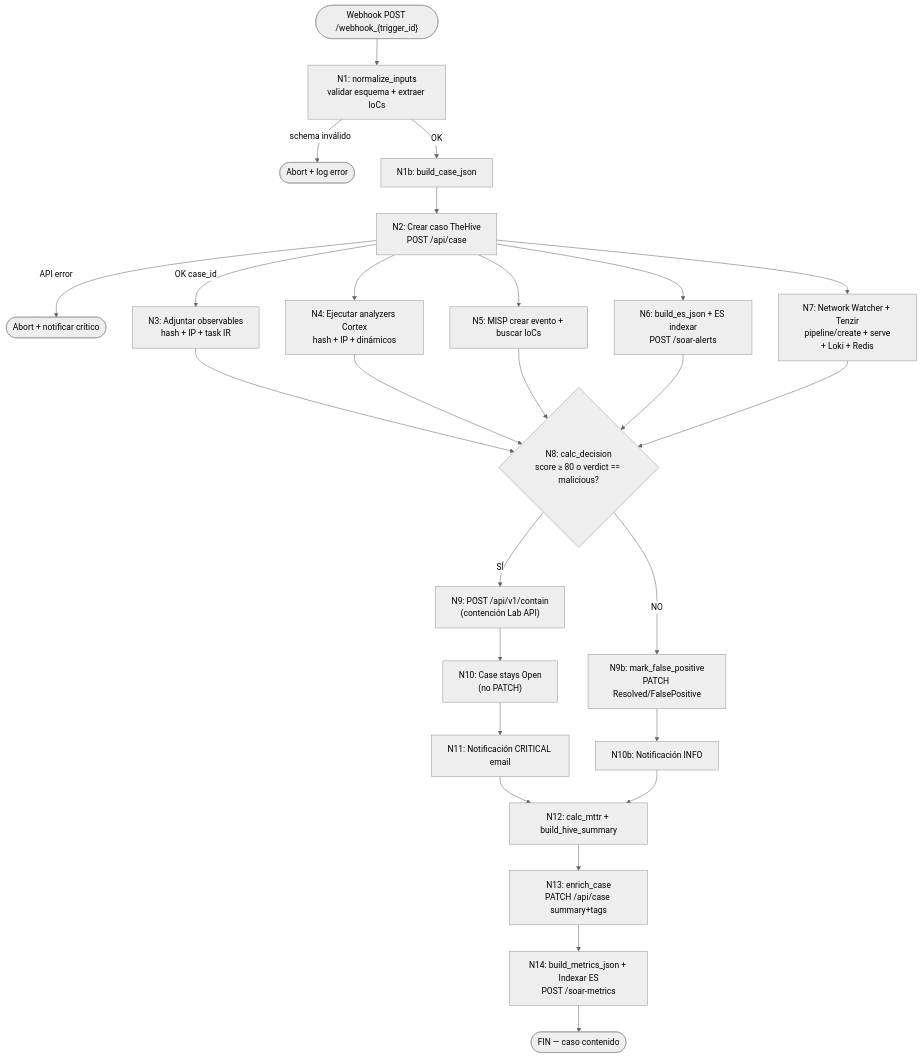
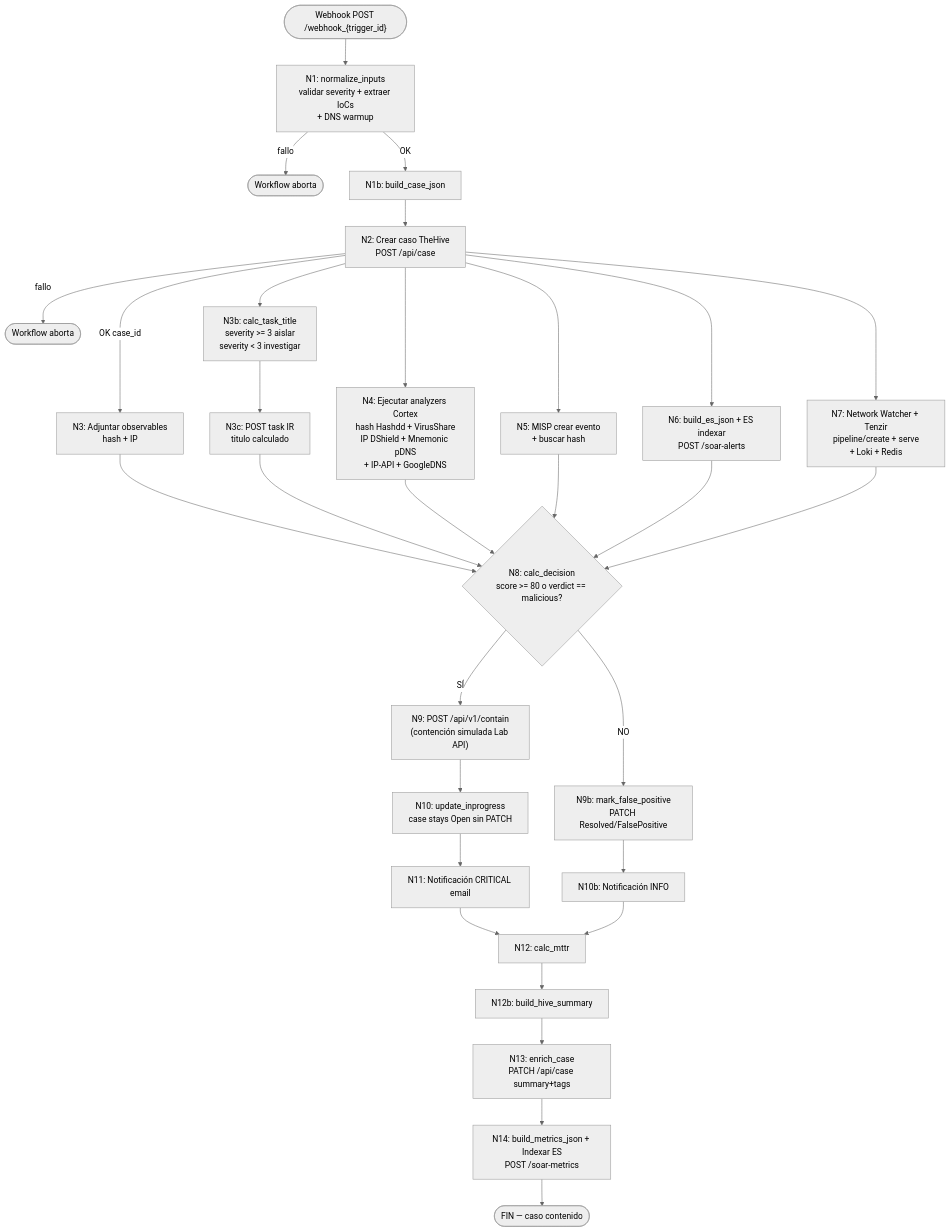
Before and after one commit to alesanfe/soar-ransomware-lab: the sixth of 12 diagrams in docs/thesis/appendix_f.md, drawn with Mermaid (neutral theme).

First paragraph of the commit message:
fix(thesis): F.6 - 5 correcciones de fidelidad al workflow real
Verificacion contra workflow_actions.py:825-908 (branches) y los
14 scripts Python en scripts/setup/shuffle_workflow/scripts/.

````diff
--- a/docs/thesis/appendix_f.md
+++ b/docs/thesis/appendix_f.md
@@ -319,31 +319,35 @@
 ```mermaid
 flowchart TD
- A(["Webhook POST /webhook_{trigger_id}"]) --> B["N1: normalize_inputs<br/>validar esquema + extraer IoCs"]
- B -->|schema inválido| ERR1([Abort + log error])
+ A(["Webhook POST /webhook_{trigger_id}"]) --> B["N1: normalize_inputs<br/>validar severity + extraer IoCs<br/>+ DNS warmup"]
+ B -->|fallo| ERR1([Workflow aborta])
  B -->|OK| B2[N1b: build_case_json]
  B2 --> D[N2: Crear caso TheHive<br/>POST /api/case]
- D -->|API error| ERR2([Abort + notificar crítico])
- D -->|OK case_id| E[N3: Adjuntar observables<br/>hash + IP + task IR]
- D --> F[N4: Ejecutar analyzers Cortex<br/>hash + IP + dinámicos]
- D --> G[N5: MISP crear evento + buscar IoCs]
+ D -->|fallo| ERR2([Workflow aborta])
+ D -->|OK case_id| E[N3: Adjuntar observables<br/>hash + IP]
+ D --> E2[N3b: calc_task_title<br/>severity >= 3 aislar<br/>severity < 3 investigar]
+ E2 --> E3[N3c: POST task IR<br/>titulo calculado]
+ D --> F[N4: Ejecutar analyzers Cortex<br/>hash Hashdd + VirusShare<br/>IP DShield + Mnemonic pDNS<br/>+ IP-API + GoogleDNS]
+ D --> G[N5: MISP crear evento<br/>+ buscar hash]
  D --> H[N6: build_es_json + ES indexar<br/>POST /soar-alerts]
  D --> I[N7: Network Watcher + Tenzir<br/>pipeline/create + serve<br/>+ Loki + Redis]
 
- E --> J{N8: calc_decision<br/>score ≥ 80 o verdict == malicious?}
+ E --> J{N8: calc_decision<br/>score >= 80 o verdict == malicious?}
+ E3 --> J
  F --> J
  G --> J
  H --> J
  I --> J
 
- J -->|SÍ| K["N9: POST /api/v1/contain<br/>(contención Lab API)"]
- K --> L["N10: Case stays Open<br/>(no PATCH)"]
+ J -->|SÍ| K["N9: POST /api/v1/contain<br/>(contención simulada Lab API)"]
+ K --> L["N10: update_inprogress<br/>case stays Open sin PATCH"]
  L --> M[N11: Notificación CRITICAL email]
- M --> N[N12: calc_mttr + build_hive_summary]
- N --> O[N13: enrich_case<br/>PATCH /api/case summary+tags]
+ M --> N[N12: calc_mttr]
+ N --> N2[N12b: build_hive_summary]
+ N2 --> O[N13: enrich_case<br/>PATCH /api/case summary+tags]
  O --> P[N14: build_metrics_json + Indexar ES<br/>POST /soar-metrics]
  P --> Z([FIN — caso contenido])
 
  J -->|NO| K2[N9b: mark_false_positive<br/>PATCH Resolved/FalsePositive]
  K2 --> L2[N10b: Notificación INFO]
  L2 --> N
 ```
````
